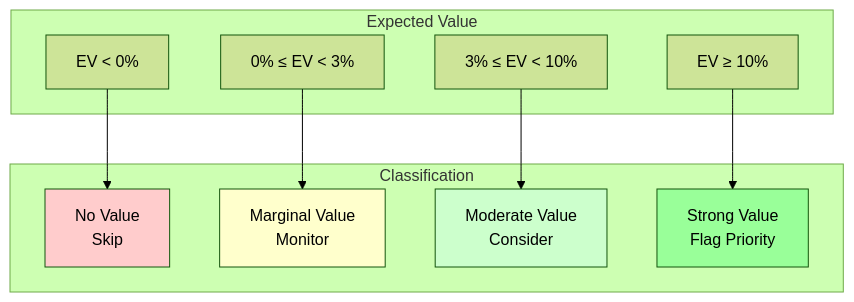
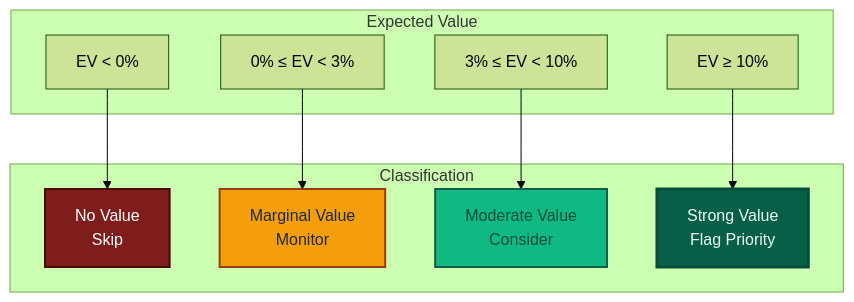
Before and after one commit to oscgonz19/football-probabilities-ml-poisson-case-study: the fifth of 7 diagrams in visualizations/06-value-detection.md, drawn with Mermaid (forest theme).

Commit message:
Revise styles for A1 to A4 in visualizations
Updated styles for value detection visualizations.

````diff
--- a/visualizations/06-value-detection.md
+++ b/visualizations/06-value-detection.md
@@ -218,26 +218,27 @@
 ```mermaid
 flowchart TB
     subgraph EV["Expected Value"]
         E1["EV < 0%"]
         E2["0% ≤ EV < 3%"]
         E3["3% ≤ EV < 10%"]
         E4["EV ≥ 10%"]
     end
 
     subgraph Action["Classification"]
         A1["No Value<br/>Skip"]
         A2["Marginal Value<br/>Monitor"]
         A3["Moderate Value<br/>Consider"]
         A4["Strong Value<br/>Flag Priority"]
     end
 
     E1 --> A1
     E2 --> A2
     E3 --> A3
     E4 --> A4
 
-    style A1 fill:#ffcccc
-    style A2 fill:#ffffcc
-    style A3 fill:#ccffcc
-    style A4 fill:#99ff99
+    style A1 fill:#7f1d1d,color:#ffffff,stroke:#450a0a,stroke-width:2px
+    style A2 fill:#f59e0b,color:#1f2937,stroke:#92400e,stroke-width:2px
+    style A3 fill:#10b981,color:#064e3b,stroke:#065f46,stroke-width:2px
+    style A4 fill:#065f46,color:#ecfdf5,stroke:#064e3b,stroke-width:3px
+
 ```
````
